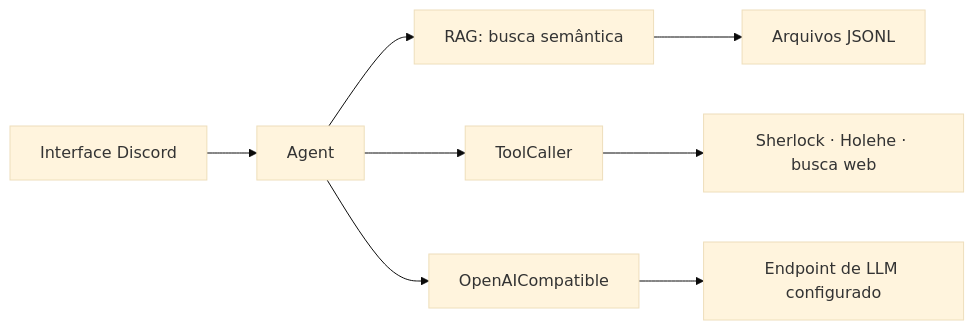
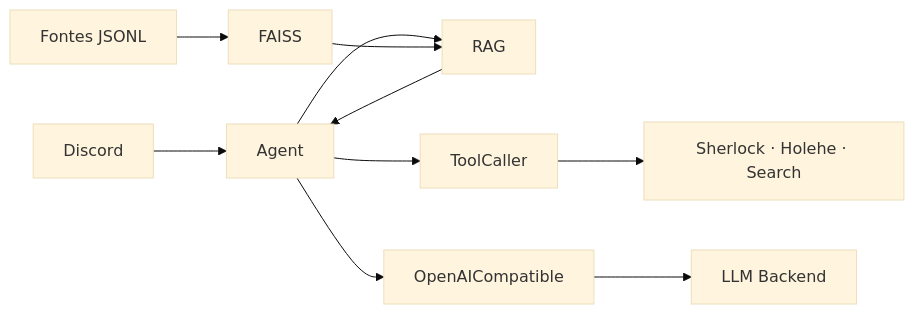
The diagram in README.md (quixaba-dev/DataBot), drawn with Mermaid (base theme) before and after one commit. The commit also changed other lines of this file and 1 other file, not shown here.

````diff
--- a/README.md
+++ b/README.md
@@ -7,10 +44,12 @@
 ```mermaid
 flowchart LR
-    Discord[Interface Discord] --> Agent[Agent]
-    Agent --> RAG[RAG: busca semântica]
-    RAG --> Data[Arquivos JSONL]
+    Discord[Discord] --> Agent[Agent]
+    Agent --> RAG[RAG]
+    Sources[Fontes JSONL] --> FAISS[FAISS]
+    FAISS --> RAG
+    RAG --> Agent
     Agent --> Caller[ToolCaller]
-    Caller --> Tools[Sherlock · Holehe · busca web]
+    Caller --> Tools[Sherlock · Holehe · Search]
     Agent --> Provider[OpenAICompatible]
-    Provider --> Backend[Endpoint de LLM configurado]
+    Provider --> Backend[LLM Backend]
 ```
````
